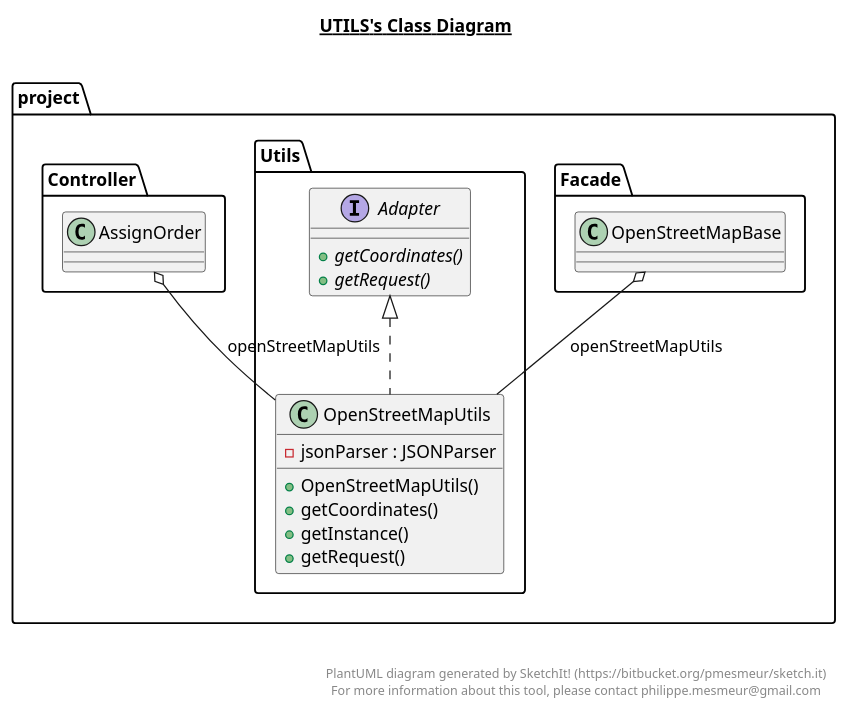
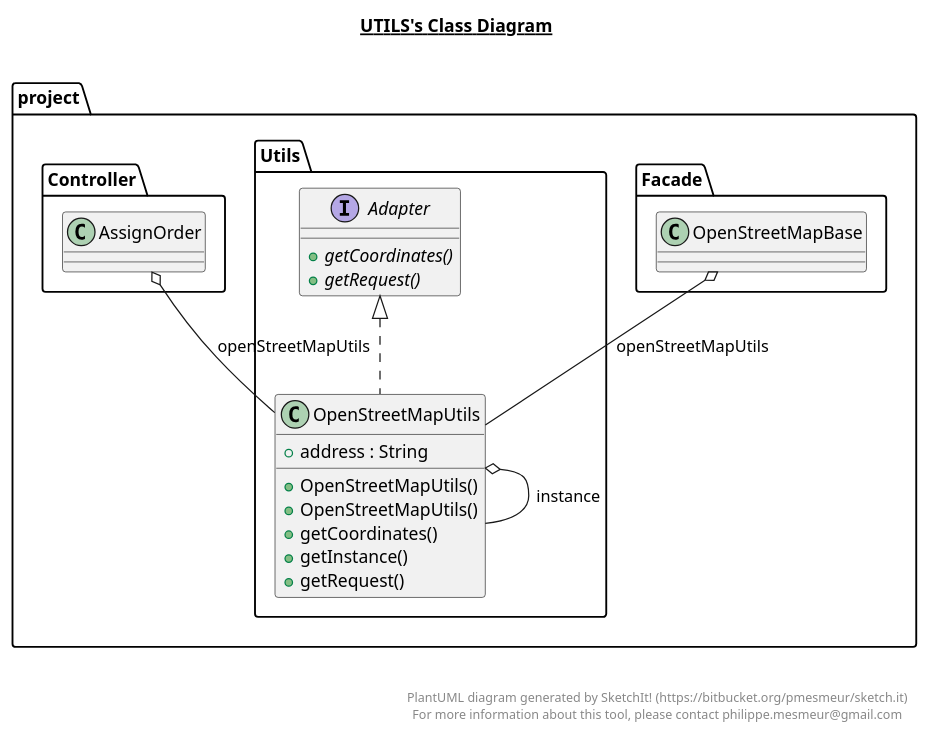
Before and after one commit to kplusa/Firma-Transportowa: the diagram in src/project/Utils/Utils.plantuml, drawn with PlantUML. The commit also changed 5 other files, not shown here.

```diff
--- a/src/project/Utils/Utils.plantuml
+++ b/src/project/Utils/Utils.plantuml
@@ -1,40 +1,42 @@
 @startuml
 
 title __UTILS's Class Diagram__\n
 
   namespace project {
     namespace Utils {
       interface project.Utils.Adapter {
           {abstract} + getCoordinates()
           {abstract} + getRequest()
       }
     }
   }
 
+  
 
   namespace project {
     namespace Utils {
       class project.Utils.OpenStreetMapUtils {
-          - jsonParser : JSONParser
+          + address : String
+          + OpenStreetMapUtils()
           + OpenStreetMapUtils()
           + getCoordinates()
           + getInstance()
           + getRequest()
       }
     }
   }
   
 
   project.Utils.OpenStreetMapUtils .up.|> project.Utils.Adapter
+  project.Utils.OpenStreetMapUtils o-- project.Utils.OpenStreetMapUtils : instance
 project.Facade.OpenStreetMapBase o-- project.Utils.OpenStreetMapUtils : openStreetMapUtils
 project.Controller.AssignOrder o-- project.Utils.OpenStreetMapUtils : openStreetMapUtils
-
 
 right footer
 
 
 PlantUML diagram generated by SketchIt! (https://bitbucket.org/pmesmeur/sketch.it)
 For more information about this tool, please contact philippe.mesmeur@gmail.com
 endfooter
 
 @enduml
```
